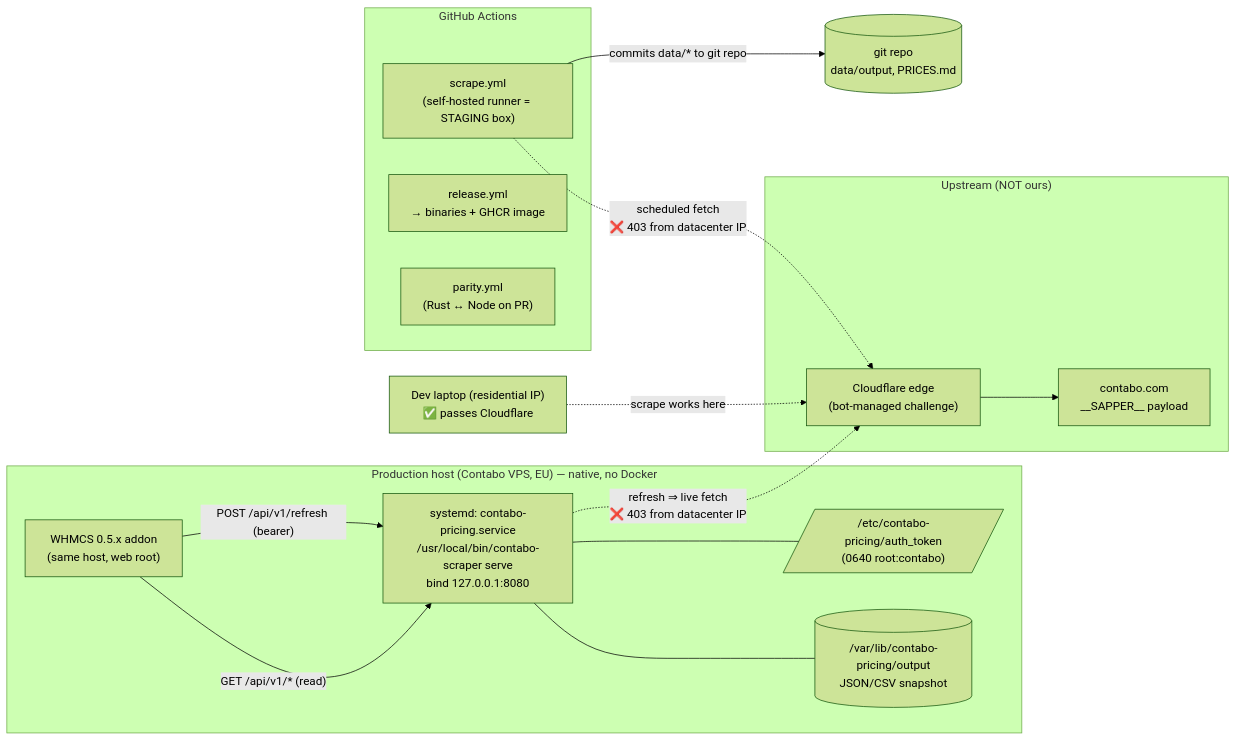
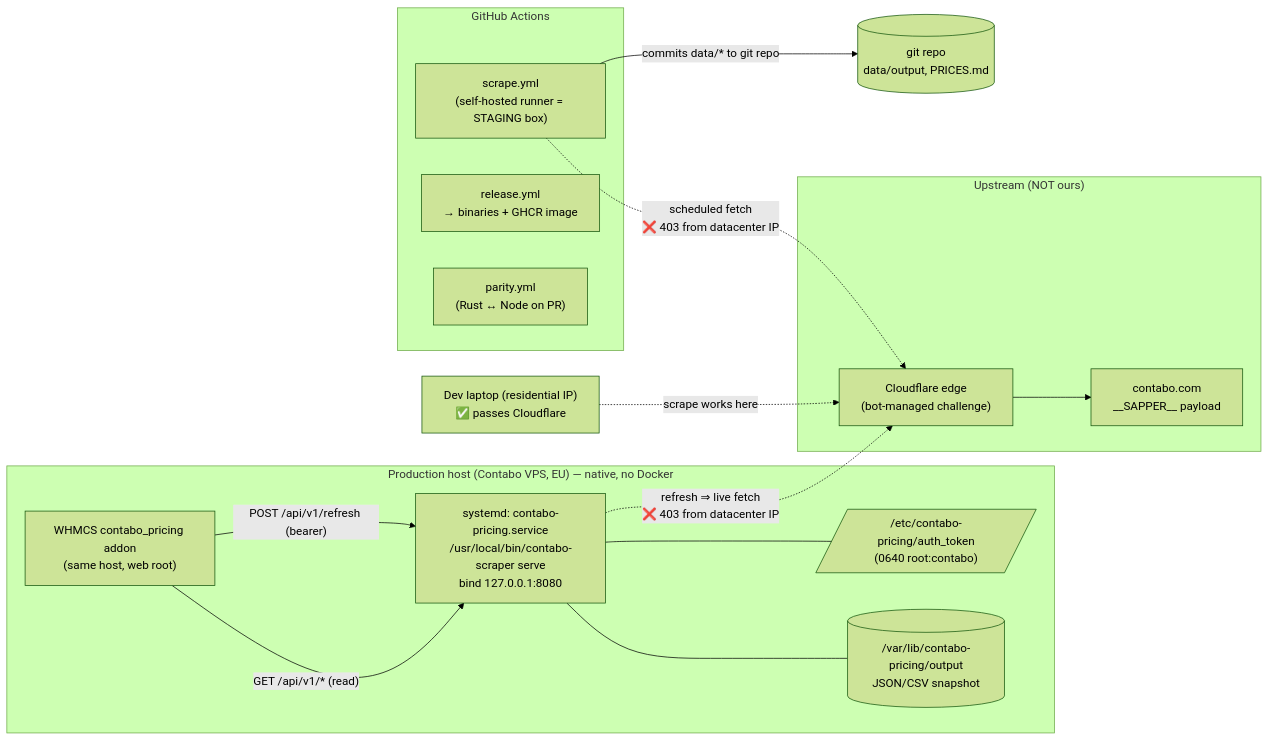
Before and after one commit to securiace-dev/contabo-pricing-scraper: the first of 5 diagrams in README.md, drawn with Mermaid (forest theme). The commit also changed other lines of this file and 16 other files, not shown here.

````diff
--- a/README.md
+++ b/README.md
@@ -74,30 +97,30 @@
 ```mermaid
 flowchart LR
   subgraph UP["Upstream (NOT ours)"]
     CF["Cloudflare edge\n(bot-managed challenge)"]
     CB["contabo.com\n__SAPPER__ payload"]
     CF --> CB
   end
 
   subgraph PROD["Production host (Contabo VPS, EU) — native, no Docker"]
     SVC["systemd: contabo-pricing.service\n/usr/local/bin/contabo-scraper serve\nbind 127.0.0.1:8080"]
     DATA[("/var/lib/contabo-pricing/output\nJSON/CSV snapshot")]
     TOK[/"/etc/contabo-pricing/auth_token\n(0640 root:contabo)"/]
-    WH["WHMCS 0.5.x addon\n(same host, web root)"]
+    WH["WHMCS contabo_pricing addon\n(same host, web root)"]
     SVC --- DATA
     SVC --- TOK
     WH -->|"GET /api/v1/* (read)"| SVC
     WH -->|"POST /api/v1/refresh (bearer)"| SVC
   end
 
   subgraph CI["GitHub Actions"]
     SCRAPE["scrape.yml\n(self-hosted runner = STAGING box)"]
     REL["release.yml\n→ binaries + GHCR image"]
     PAR["parity.yml\n(Rust ↔ Node on PR)"]
   end
 
   SVC -.->|"refresh ⇒ live fetch\n❌ 403 from datacenter IP"| CF
   SCRAPE -.->|"scheduled fetch\n❌ 403 from datacenter IP"| CF
   SCRAPE -->|"commits data/* to git repo"| GIT[("git repo\ndata/output, PRICES.md")]
   DEV["Dev laptop (residential IP)\n✅ passes Cloudflare"] -.->|"scrape works here"| CF
 ```
````
